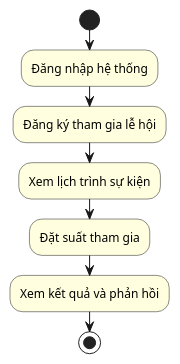
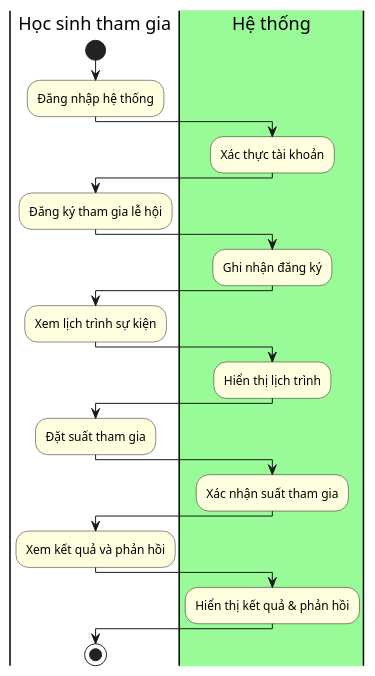
Before and after one commit to DavidSatoh/CNPM-school-food-festivals: the tenth of 14 diagrams in README.md, drawn with PlantUML. The commit also changed other lines of this file, not shown here.

````diff
--- a/README.md
+++ b/README.md
@@ -530,17 +530,32 @@
 ```plantuml
 @startuml "Quy trình của Học sinh tham gia"
 
 skinparam activity {
     BackgroundColor LightYellow
 }
 
 |Học sinh tham gia|
 start
 :Đăng nhập hệ thống;
+|#palegreen|Hệ thống|
+:Xác thực tài khoản;
+|Học sinh tham gia|
 :Đăng ký tham gia lễ hội;
+|Hệ thống|
+:Ghi nhận đăng ký;
+|Học sinh tham gia|
 :Xem lịch trình sự kiện;
+|Hệ thống|
+:Hiển thị lịch trình;
+|Học sinh tham gia|
 :Đặt suất tham gia;
+|Hệ thống|
+:Xác nhận suất tham gia;
+|Học sinh tham gia|
 :Xem kết quả và phản hồi;
+|Hệ thống|
+:Hiển thị kết quả & phản hồi;
+|Học sinh tham gia|
 stop
 @enduml
 ```
````
